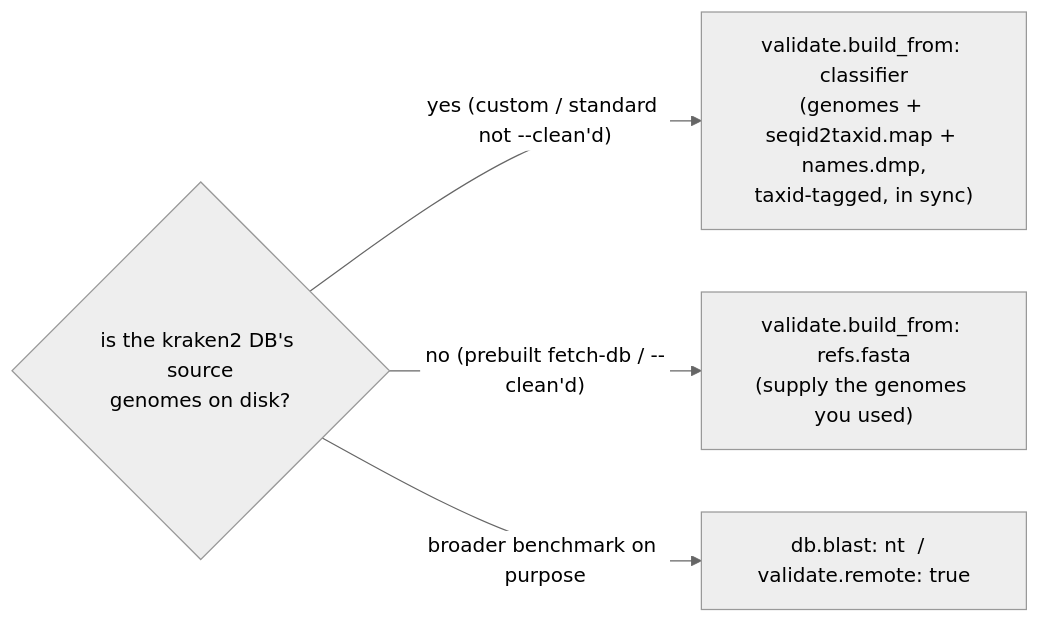
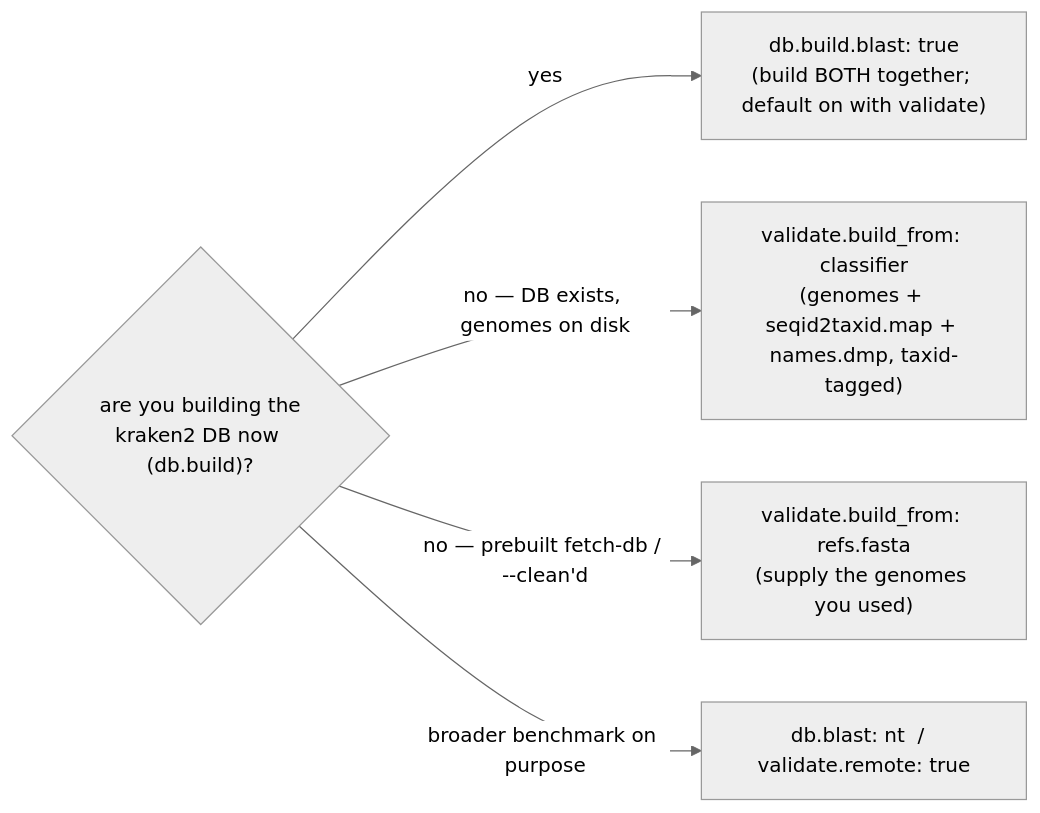
The fifth of 5 diagrams in docs/ARCHITECTURE-WIRING.md (MdRasheduz-zaman/metagenomics-skill), drawn with Mermaid (neutral theme) before and after one commit. The commit also changed other lines of this file and 8 other files, not shown here.

````diff
--- a/docs/ARCHITECTURE-WIRING.md
+++ b/docs/ARCHITECTURE-WIRING.md
@@ -222,7 +224,8 @@
 ```mermaid
 flowchart LR
-    Q{"is the kraken2 DB's source<br/>genomes on disk?"}
-    Q -->|"yes (custom / standard not --clean'd)"| A["validate.build_from: classifier<br/>(genomes + seqid2taxid.map + names.dmp,<br/>taxid-tagged, in sync)"]
-    Q -->|"no (prebuilt fetch-db / --clean'd)"| B["validate.build_from: refs.fasta<br/>(supply the genomes you used)"]
+    Q{"are you building the<br/>kraken2 DB now (db.build)?"}
+    Q -->|"yes"| J["db.build.blast: true<br/>(build BOTH together; default on with validate)"]
+    Q -->|"no — DB exists, genomes on disk"| A["validate.build_from: classifier<br/>(genomes + seqid2taxid.map + names.dmp, taxid-tagged)"]
+    Q -->|"no — prebuilt fetch-db / --clean'd"| B["validate.build_from: refs.fasta<br/>(supply the genomes you used)"]
     Q -->|"broader benchmark on purpose"| C["db.blast: nt  /  validate.remote: true"]
 ```
````
